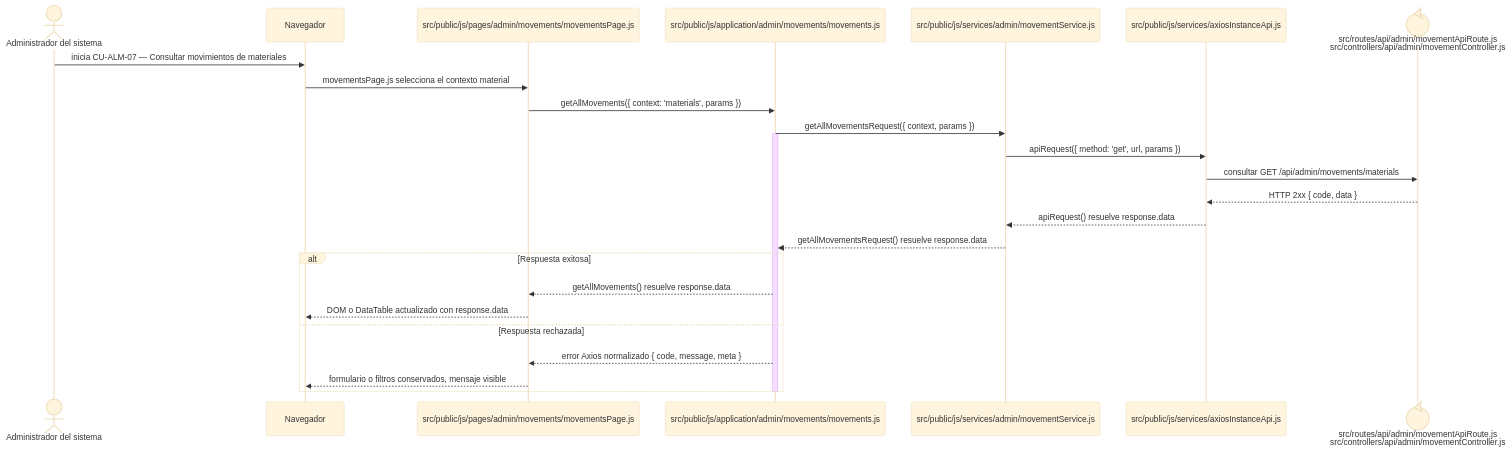
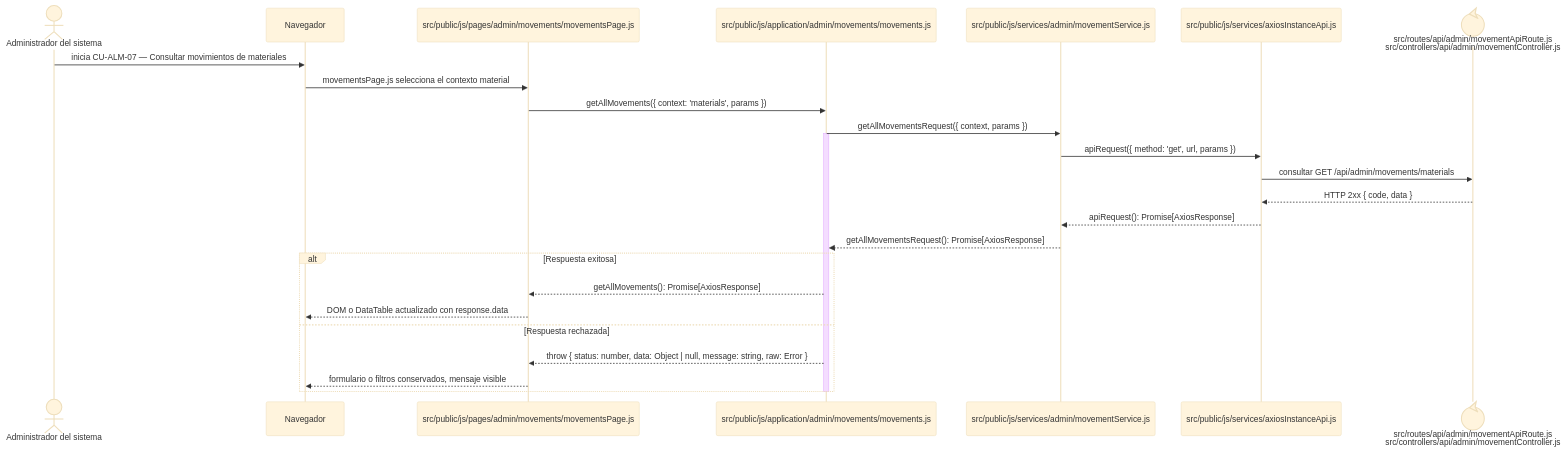
One commit to gpgsistemas01/nexus changed the diagram in docs/architecture/frontend-code-sequences/catalogs/cu-alm-07.md. Above: the diagram before and after it, drawn with Mermaid (base theme). The commit also changed 146 other files, not shown here.

````diff
--- a/docs/architecture/frontend-code-sequences/catalogs/cu-alm-07.md
+++ b/docs/architecture/frontend-code-sequences/catalogs/cu-alm-07.md
@@ -6,29 +6,29 @@
 ```mermaid
 sequenceDiagram
     actor Initiator as Administrador del sistema
     participant Browser as Navegador
     participant View as src/public/js/pages/admin/movements/movementsPage.js
     participant Application as src/public/js/application/admin/movements/movements.js
     participant Request as src/public/js/services/admin/movementService.js
     participant HTTP as src/public/js/services/axiosInstanceApi.js
     participant Transport@{ "type": "control" } as src/routes/api/admin/movementApiRoute.js<br/>src/controllers/api/admin/movementController.js
 
     Initiator->>Browser: inicia CU-ALM-07 — Consultar movimientos de materiales
     Browser->>View: movementsPage.js selecciona el contexto material
     View->>Application: getAllMovements({ context: 'materials', params })
     Application->>Request: getAllMovementsRequest({ context, params })
     activate Application
     Request->>HTTP: apiRequest({ method: 'get', url, params })
     HTTP->>Transport: consultar GET /api/admin/movements/materials
     Transport-->>HTTP: HTTP 2xx { code, data }
-    HTTP-->>Request: apiRequest() resuelve response.data
-    Request-->>Application: getAllMovementsRequest() resuelve response.data
+    HTTP-->>Request: apiRequest(): Promise[AxiosResponse]
+    Request-->>Application: getAllMovementsRequest(): Promise[AxiosResponse]
     alt Respuesta exitosa
-        Application-->>View: getAllMovements() resuelve response.data
+        Application-->>View: getAllMovements(): Promise[AxiosResponse]
         View-->>Browser: DOM o DataTable actualizado con response.data
     else Respuesta rechazada
-        Application-->>View: error Axios normalizado { code, message, meta }
+        Application-->>View: throw { status: number, data: Object | null, message: string, raw: Error }
         View-->>Browser: formulario o filtros conservados, mensaje visible
     end
     deactivate Application
 ```
````
